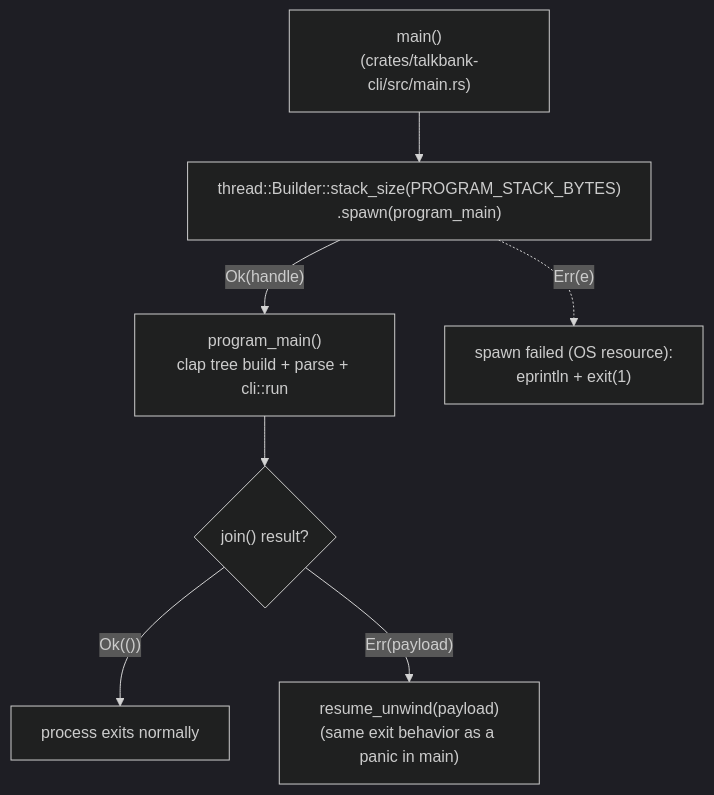
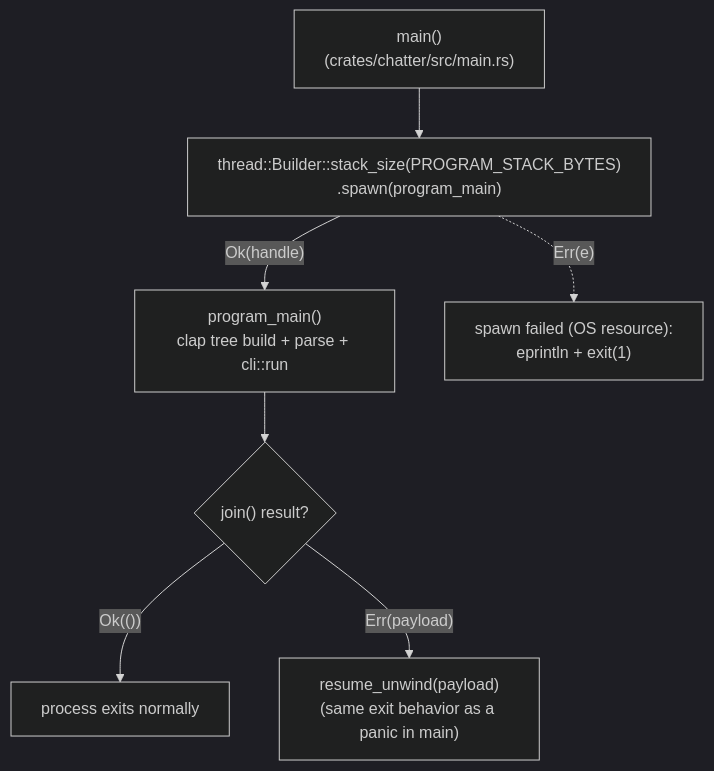
The diagram in book/src/architecture/cli-startup-and-stack.md (TalkBank/chatter), drawn with Mermaid (dark theme) before and after one commit. The commit also changed other lines of this file and 140 other files, not shown here.

````diff
--- a/book/src/architecture/cli-startup-and-stack.md
+++ b/book/src/architecture/cli-startup-and-stack.md
@@ -64,17 +64,17 @@
 ```mermaid
 flowchart TD
-    main["main()\n(crates/talkbank-cli/src/main.rs)"]
+    main["main()\n(crates/chatter/src/main.rs)"]
     spawn["thread::Builder::stack_size(PROGRAM_STACK_BYTES)\n.spawn(program_main)"]
     prog["program_main()\nclap tree build + parse + cli::run"]
     join{"join() result?"}
     ok["process exits normally"]
     panic["resume_unwind(payload)\n(same exit behavior as a panic in main)"]
     fail["spawn failed (OS resource):\neprintln + exit(1)"]
 
     main --> spawn
     spawn -->|"Ok(handle)"| prog
     prog --> join
     join -->|"Ok(())"| ok
     join -->|"Err(payload)"| panic
     spawn -.->|"Err(e)"| fail
 ```
````
